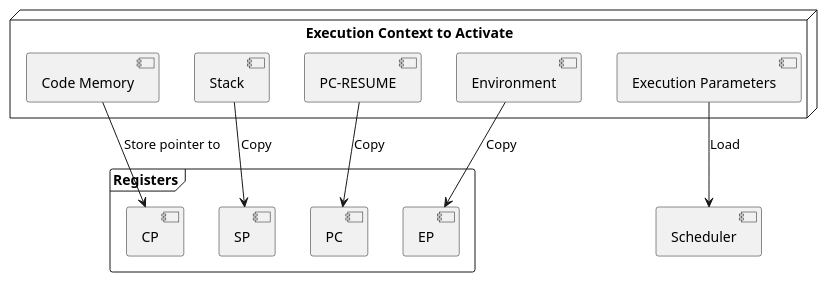
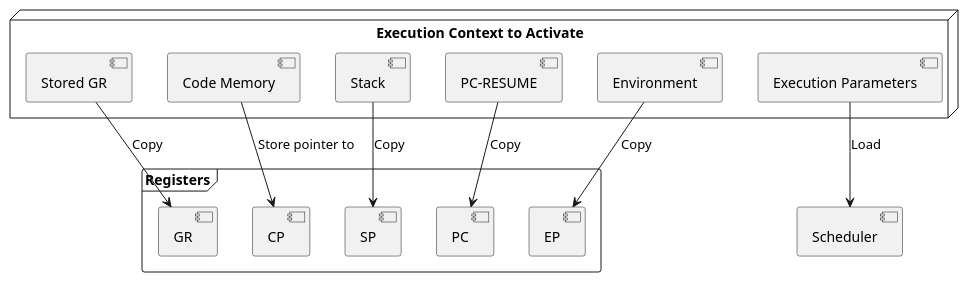
One commit to SynchronVM/SynchronVM changed the fourth of 4 diagrams in spec/architecture.md. Above: the diagram before and after it, drawn with PlantUML. The commit also changed other lines of this file and 1 other file, not shown here.

````diff
--- a/spec/architecture.md
+++ b/spec/architecture.md
@@ -211,27 +219,30 @@
 ```plantuml
 
 	frame "Registers" { 
+		[GR]
 		[PC] 
 	    [SP] 
 		[CP]
 		[EP]
 		
 	}
 	
 	[Scheduler]
 
 	node "Execution Context to Activate" { 
+		[Stored GR]
 		[Code Memory] 
 		[Stack]
 		[PC-RESUME]
 		[Environment]
 		[Execution Parameters]
 	}
 
+	[Stored GR] --> [GR] : Copy
     [PC-RESUME] --> [PC] : Copy
 	[Stack] --> [SP] : Copy
 	[Environment] --> [EP] : Copy
 	[Code Memory] --> [CP] : Store pointer to
 	[Execution Parameters] --> [Scheduler] : Load
 	
 ``` 
````
